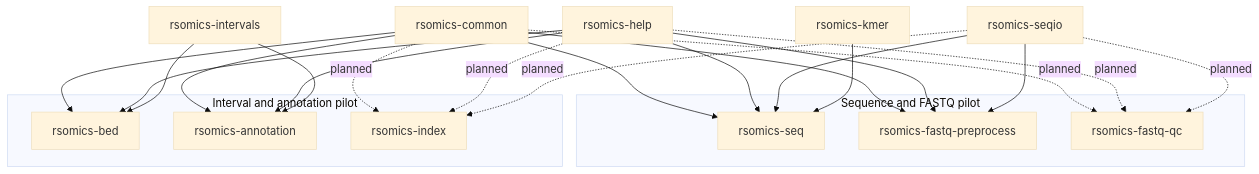
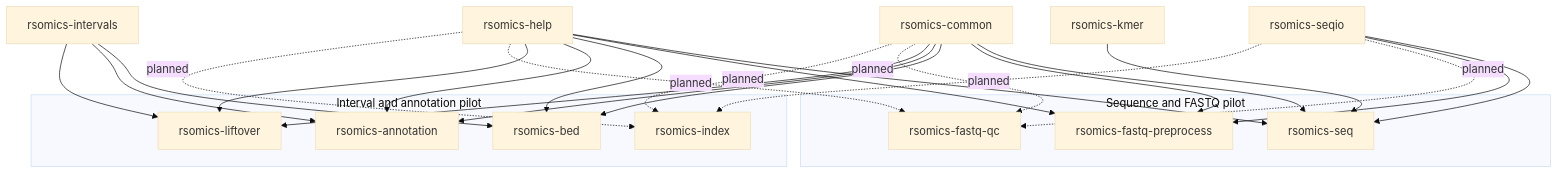
The diagram in docs/10-products/README.md (omics-rust/rsomics-world), drawn with Mermaid (base theme) before and after one commit. The commit also changed other lines of this file and 4 other files, not shown here.

````diff
--- a/docs/10-products/README.md
+++ b/docs/10-products/README.md
@@ -69,34 +69,38 @@
 ```mermaid
 flowchart TB
     subgraph sequence["Sequence and FASTQ pilot"]
         seq["rsomics-seq"]
         prep["rsomics-fastq-preprocess"]
         qc["rsomics-fastq-qc"]
     end
 
     subgraph interval["Interval and annotation pilot"]
         bed["rsomics-bed"]
         annotation["rsomics-annotation"]
         index["rsomics-index"]
+        liftover["rsomics-liftover"]
     end
 
     common["rsomics-common"] --> seq
     common --> prep
     common --> bed
     common --> annotation
+    common --> liftover
     common -. planned .-> qc
     common -. planned .-> index
     help["rsomics-help"] --> seq
     help --> prep
     help --> bed
     help --> annotation
+    help --> liftover
     help -. planned .-> qc
     help -. planned .-> index
     seqio["rsomics-seqio"] --> seq
     seqio --> prep
     seqio -. planned .-> qc
     seqio -. planned .-> index
     kmer["rsomics-kmer"] --> seq
     intervals["rsomics-intervals"] --> bed
     intervals --> annotation
+    intervals --> liftover
 ```
````
